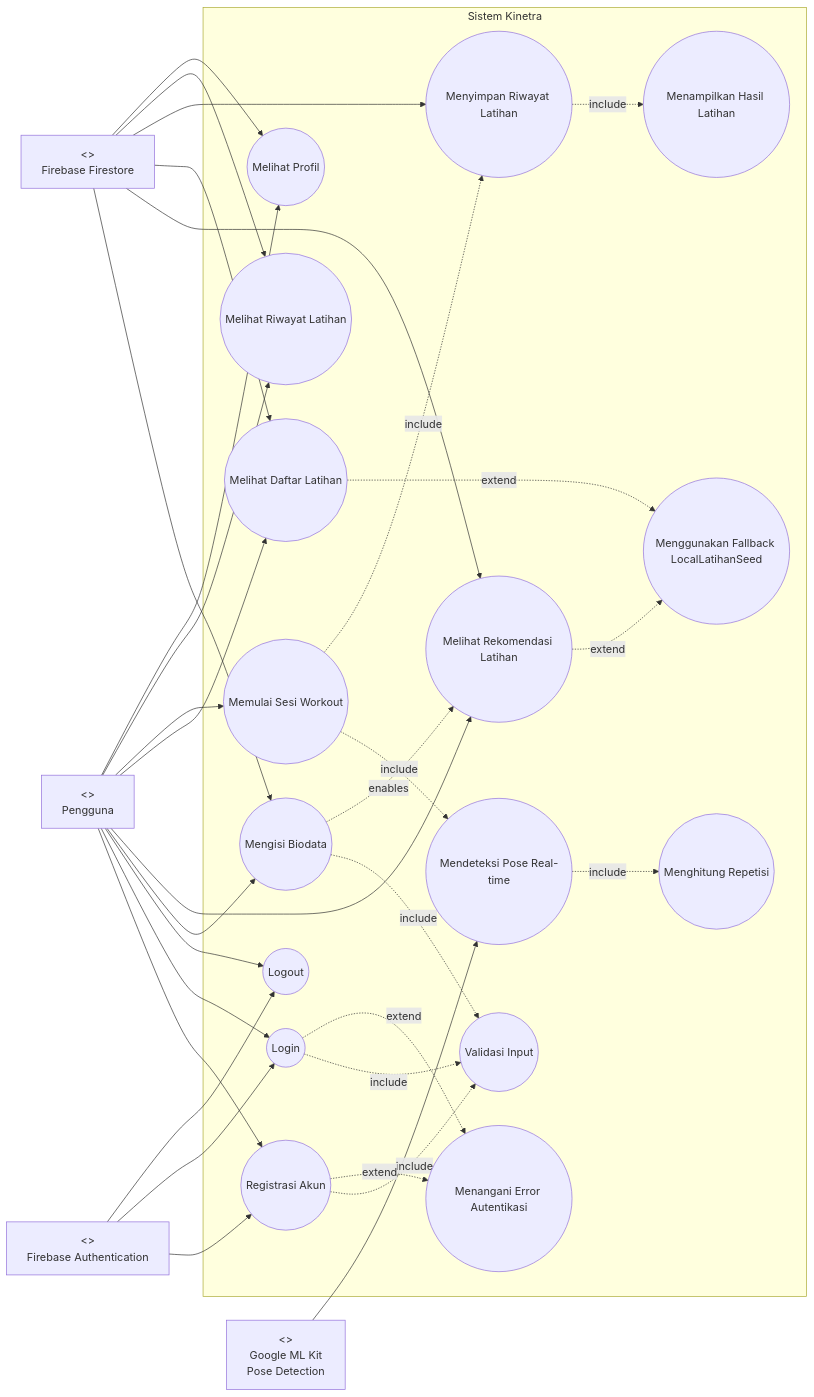
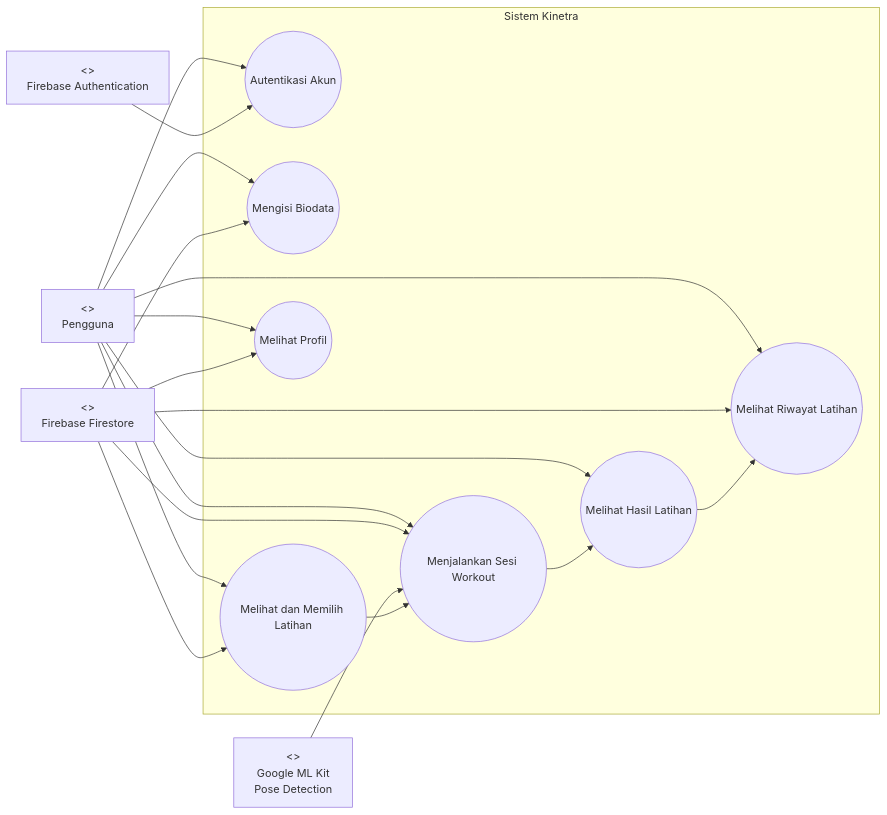
The first of 26 diagrams in docs/uml.md (arifrachmatdx/Kinetra), drawn with Mermaid before and after one commit. The commit also changed other lines of this file and 1 other file, not shown here.

Commit message:
docs: simplify UML use case overview

````diff
--- a/docs/uml.md
+++ b/docs/uml.md
@@ -14,62 +16,37 @@
 ```mermaid
 flowchart LR
     Pengguna["<<actor>>\nPengguna"]
     MLKit["<<actor>>\nGoogle ML Kit\nPose Detection"]
     FirebaseAuth["<<actor>>\nFirebase Authentication"]
     Firestore["<<actor>>\nFirebase Firestore"]
 
     subgraph Sistem["Sistem Kinetra"]
-        UCRegister(("Registrasi Akun"))
-        UCLogin(("Login"))
-        UCLogout(("Logout"))
-        UCCompleteBiodata(("Mengisi Biodata"))
-        UCRecommendation(("Melihat Rekomendasi Latihan"))
-        UCBrowseWorkout(("Melihat Daftar Latihan"))
-        UCStartWorkout(("Memulai Sesi Workout"))
-        UCPoseDetection(("Mendeteksi Pose Real-time"))
-        UCCountRep(("Menghitung Repetisi"))
-        UCSaveHistory(("Menyimpan Riwayat Latihan"))
-        UCViewHistory(("Melihat Riwayat Latihan"))
-        UCViewProfile(("Melihat Profil"))
-        UCValidateInput(("Validasi Input"))
-        UCHandleAuthError(("Menangani Error Autentikasi"))
-        UCUseLocalSeed(("Menggunakan Fallback LocalLatihanSeed"))
-        UCShowResult(("Menampilkan Hasil Latihan"))
+        UCAuth(("Autentikasi Akun"))
+        UCBiodata(("Mengisi Biodata"))
+        UCWorkoutCatalog(("Melihat dan Memilih Latihan"))
+        UCWorkoutSession(("Menjalankan Sesi Workout"))
+        UCResult(("Melihat Hasil Latihan"))
+        UCHistory(("Melihat Riwayat Latihan"))
+        UCProfile(("Melihat Profil"))
     end
 
-    Pengguna --> UCRegister
-    Pengguna --> UCLogin
-    Pengguna --> UCLogout
-    Pengguna --> UCCompleteBiodata
-    Pengguna --> UCRecommendation
-    Pengguna --> UCBrowseWorkout
-    Pengguna --> UCStartWorkout
-    Pengguna --> UCViewHistory
-    Pengguna --> UCViewProfile
+    Pengguna --> UCAuth
+    Pengguna --> UCBiodata
+    Pengguna --> UCWorkoutCatalog
+    Pengguna --> UCWorkoutSession
+    Pengguna --> UCResult
+    Pengguna --> UCHistory
+    Pengguna --> UCProfile
 
-    FirebaseAuth --> UCRegister
-    FirebaseAuth --> UCLogin
-    FirebaseAuth --> UCLogout
+    FirebaseAuth --> UCAuth
+    Firestore --> UCBiodata
+    Firestore --> UCWorkoutCatalog
+    Firestore --> UCWorkoutSession
+    Firestore --> UCHistory
+    Firestore --> UCProfile
+    MLKit --> UCWorkoutSession
 
-    Firestore --> UCCompleteBiodata
-    Firestore --> UCRecommendation
-    Firestore --> UCBrowseWorkout
-    Firestore --> UCSaveHistory
-    Firestore --> UCViewHistory
-    Firestore --> UCViewProfile
-
-    MLKit --> UCPoseDetection
-
-    UCRegister -. include .-> UCValidateInput
-    UCLogin -. include .-> UCValidateInput
-    UCCompleteBiodata -. include .-> UCValidateInput
-    UCRegister -. extend .-> UCHandleAuthError
-    UCLogin -. extend .-> UCHandleAuthError
-    UCRecommendation -. extend .-> UCUseLocalSeed
-    UCBrowseWorkout -. extend .-> UCUseLocalSeed
-    UCStartWorkout -. include .-> UCPoseDetection
-    UCPoseDetection -. include .-> UCCountRep
-    UCStartWorkout -. include .-> UCSaveHistory
-    UCSaveHistory -. include .-> UCShowResult
-    UCCompleteBiodata -. enables .-> UCRecommendation
+    UCWorkoutCatalog --> UCWorkoutSession
+    UCWorkoutSession --> UCResult
+    UCResult --> UCHistory
 ```
````
